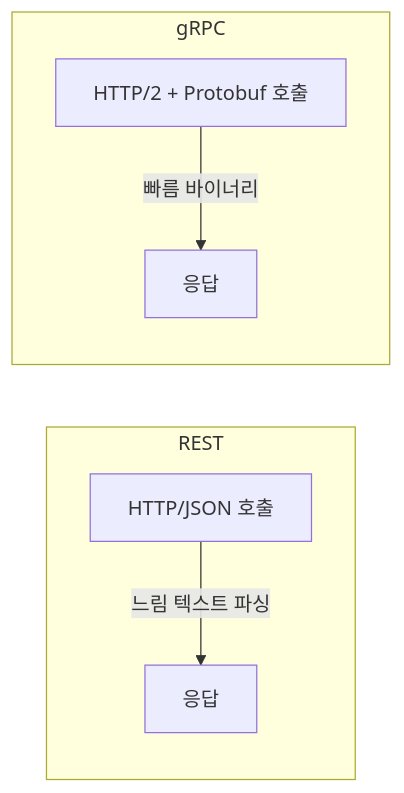
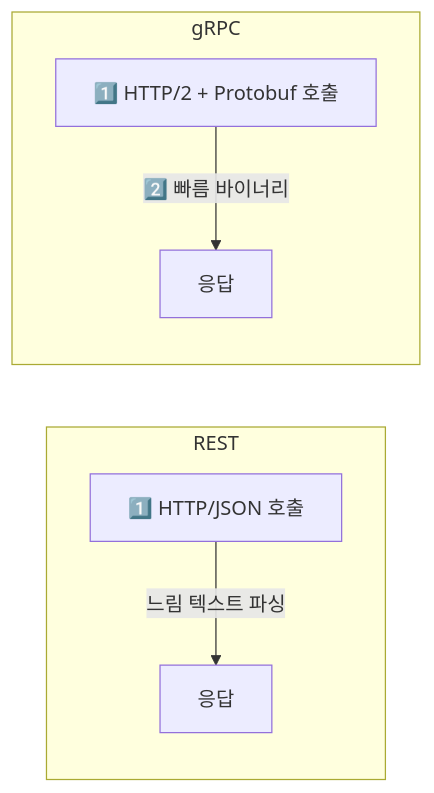
The seventh of 15 diagrams in _posts/architecture/2026-05-02-msa-deep.md (yjkim2015/yjkim2015.github.io), drawn with Mermaid before and after one commit. The commit also changed other lines of this file and 92 other files, not shown here.

First line of the commit message:
Major quality rewrite: 98 files, Mermaid fix, extreme-scenario component

````diff
--- a/_posts/architecture/2026-05-02-msa-deep.md
+++ b/_posts/architecture/2026-05-02-msa-deep.md
@@ -211,12 +233,12 @@
 ```mermaid
 graph LR
-    subgraph REST
-        R_Call["HTTP/JSON 호출"]
+    subgraph "REST"
+        R_Call["1️⃣ HTTP/JSON 호출"]
         R_Call -->|"느림 텍스트 파싱"| R_Response["응답"]
     end
 
-    subgraph gRPC
-        G_Call["HTTP/2 + Protobuf 호출"]
-        G_Call -->|"빠름 바이너리"| G_Response["응답"]
+    subgraph "gRPC"
+        G_Call["1️⃣ HTTP/2 + Protobuf 호출"]
+        G_Call -->|"2️⃣ 빠름 바이너리"| G_Response["응답"]
     end
 ```
````
